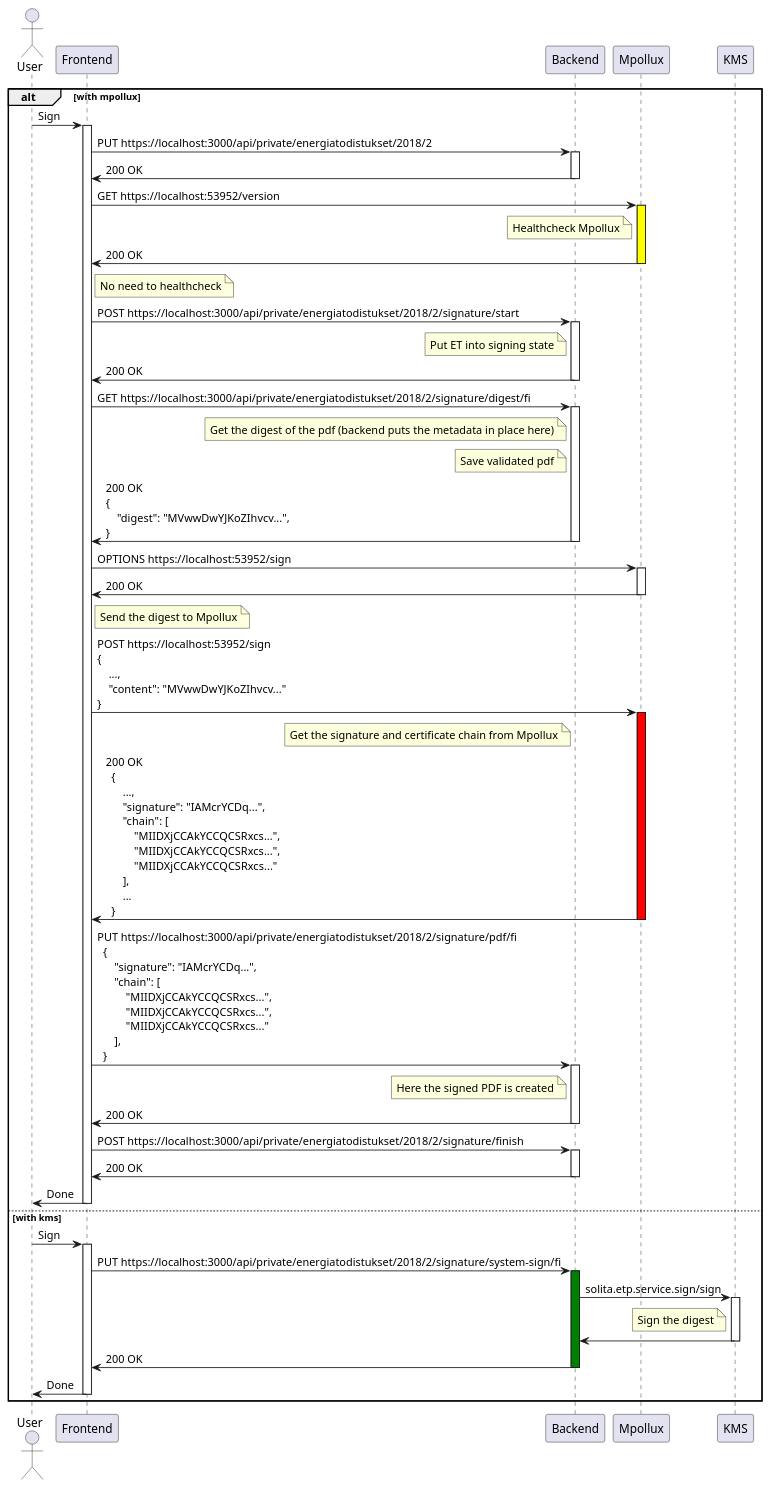
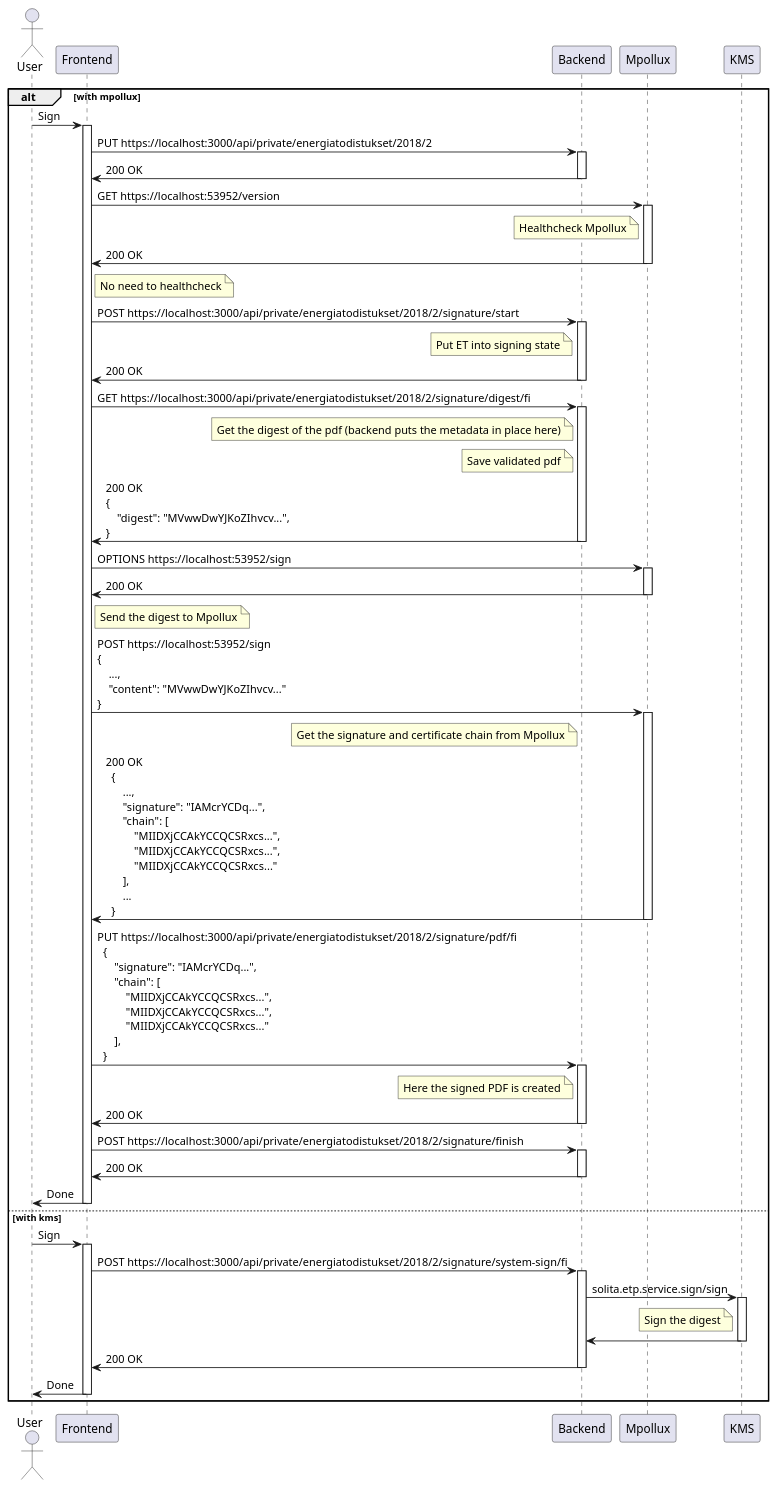
One commit to solita/ara-etp changed the diagram in etp-core/docker/kms/pdf-signing.plantuml. Above: the diagram before and after it, drawn with PlantUML. The commit also changed 3 other files, not shown here.

Commit message:
AE-2165: Change signing with system from put to post

```diff
--- a/etp-core/docker/kms/pdf-signing.plantuml
+++ b/etp-core/docker/kms/pdf-signing.plantuml
@@ -1,88 +1,88 @@
 @startuml
 alt with mpollux
 actor User
 
 User -> Frontend++: Sign
 Frontend -> Backend++: PUT https://localhost:3000/api/private/energiatodistukset/2018/2
 Frontend <- Backend--: 200 OK
-Frontend -> Mpollux++#Yellow: GET https://localhost:53952/version
+Frontend -> Mpollux++: GET https://localhost:53952/version
 note left of Mpollux
 Healthcheck Mpollux
 end note
 Frontend <- Mpollux--: 200 OK
 note right of Frontend
 No need to healthcheck
 end note
 Frontend -> Backend++: POST https://localhost:3000/api/private/energiatodistukset/2018/2/signature/start
 note left of Backend
 Put ET into signing state
 end note
 Frontend <- Backend--: 200 OK
 Frontend -> Backend++: GET https://localhost:3000/api/private/energiatodistukset/2018/2/signature/digest/fi
 note left of Backend
 Get the digest of the pdf (backend puts the metadata in place here)
 end note
 note left of Backend
 Save validated pdf
 end note
 Frontend <- Backend--: 200 OK \n\
 { \n\
     "digest": "MVwwDwYJKoZIhvcv...", \n\
 }
 Frontend -> Mpollux++: OPTIONS https://localhost:53952/sign
 Frontend <- Mpollux--: 200 OK
 note right of Frontend
 Send the digest to Mpollux
 end note
-Frontend -> Mpollux++#Red: POST https://localhost:53952/sign \n\
+Frontend -> Mpollux++: POST https://localhost:53952/sign \n\
 { \n\
     ..., \n\
     "content": "MVwwDwYJKoZIhvcv..." \n\
 }
 note left of Backend
 Get the signature and certificate chain from Mpollux
 end note
 Frontend <- Mpollux--: 200 OK \n\
   { \n\
       ..., \n\
       "signature": "IAMcrYCDq...", \n\
       "chain": [ \n\
           "MIIDXjCCAkYCCQCSRxcs...", \n\
           "MIIDXjCCAkYCCQCSRxcs...", \n\
           "MIIDXjCCAkYCCQCSRxcs..." \n\
       ], \n\
       ... \n\
   }
 note right of Frontend
 end note
 Frontend -> Backend++: PUT https://localhost:3000/api/private/energiatodistukset/2018/2/signature/pdf/fi \n\
   { \n\
       "signature": "IAMcrYCDq...", \n\
       "chain": [ \n\
           "MIIDXjCCAkYCCQCSRxcs...", \n\
           "MIIDXjCCAkYCCQCSRxcs...", \n\
           "MIIDXjCCAkYCCQCSRxcs..." \n\
       ], \n\
   }
 note left of Backend
 Here the signed PDF is created
 end note
 Frontend <- Backend--: 200 OK
 Frontend -> Backend++: POST https://localhost:3000/api/private/energiatodistukset/2018/2/signature/finish
 Frontend <- Backend--: 200 OK
 User <- Frontend--: Done
 
 else with kms
 
 User -> Frontend++: Sign
-Frontend -> Backend++#Green: PUT https://localhost:3000/api/private/energiatodistukset/2018/2/signature/system-sign/fi
+Frontend -> Backend++: POST https://localhost:3000/api/private/energiatodistukset/2018/2/signature/system-sign/fi
 Backend -> KMS++: solita.etp.service.sign/sign
 note left of KMS
 Sign the digest
 end note
 Backend <- KMS--
 Frontend <- Backend--: 200 OK
 User <- Frontend--: Done
 
 end
 @enduml
```
